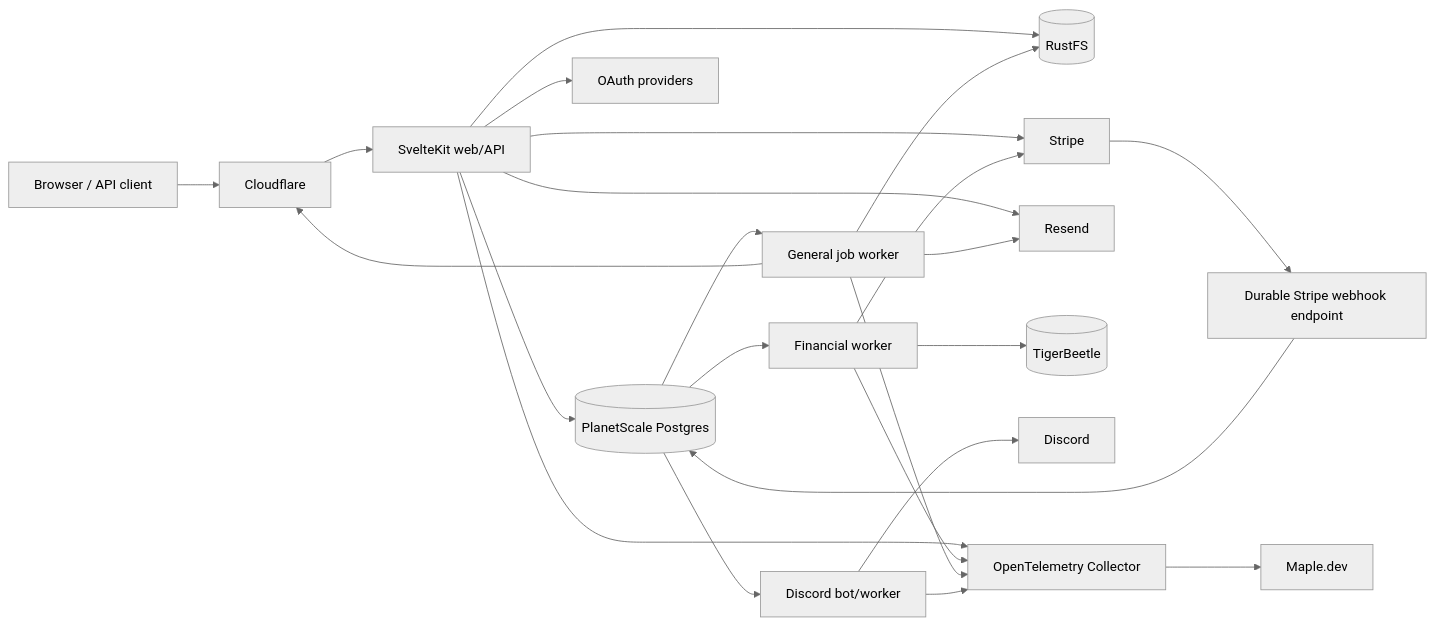
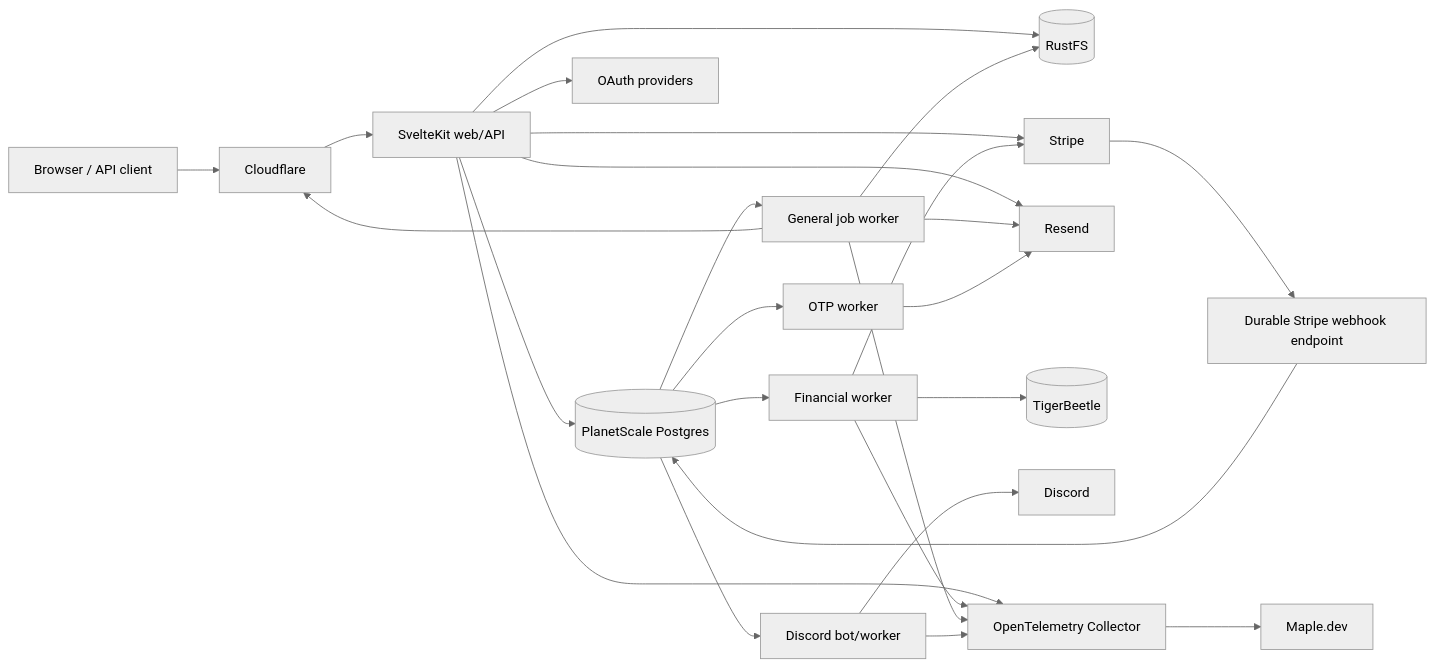
Before and after one commit to ferrreo/oss-tips: the diagram in docs/02-ARCHITECTURE.md, drawn with Mermaid (neutral theme). The commit also changed other lines of this file and 885 other files, not shown here.

````diff
--- a/docs/02-ARCHITECTURE.md
+++ b/docs/02-ARCHITECTURE.md
@@ -9,30 +9,33 @@
 ```mermaid
 flowchart LR
   U[Browser / API client] --> CF[Cloudflare]
   CF --> WEB[SvelteKit web/API]
   WEB --> PG[(PlanetScale Postgres)]
   WEB --> RF[(RustFS)]
   WEB --> ST[Stripe]
   WEB --> BA[OAuth providers]
   WEB --> RS[Resend]
 
   ST --> WH[Durable Stripe webhook endpoint]
   WH --> PG
   PG --> FW[Financial worker]
   FW --> TB[(TigerBeetle)]
   FW --> ST
 
   PG --> JW[General job worker]
   JW --> RF
   JW --> RS
   JW --> CF
 
+  PG --> OTP[OTP worker]
+  OTP --> RS
+
   PG --> DBOT[Discord bot/worker]
   DBOT --> DC[Discord]
 
   WEB --> OT[OpenTelemetry Collector]
   FW --> OT
   JW --> OT
   DBOT --> OT
   OT --> MAPLE[Maple.dev]
 ```
````
